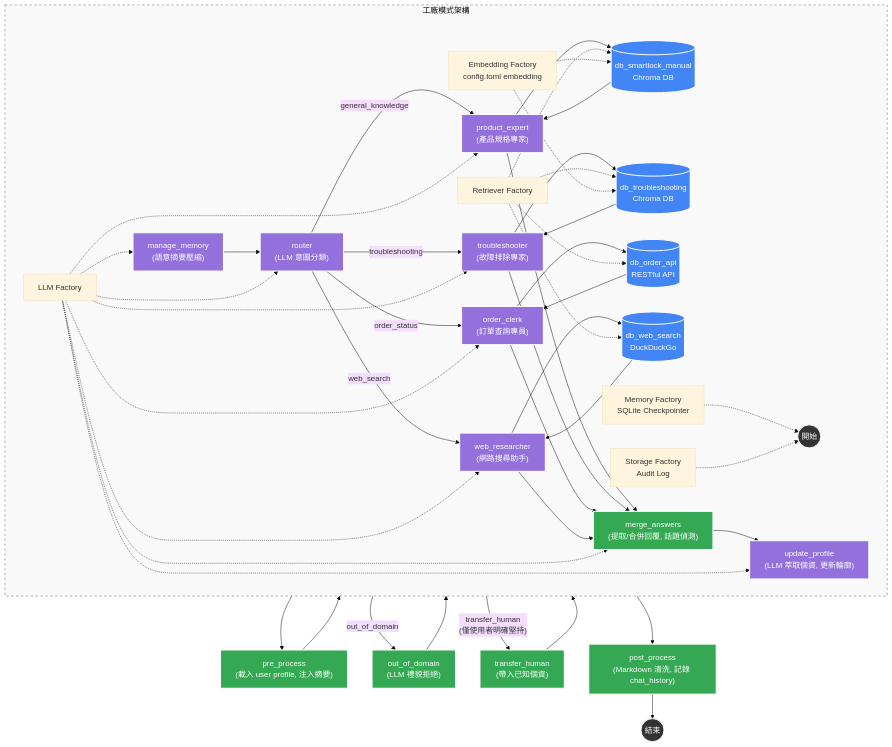
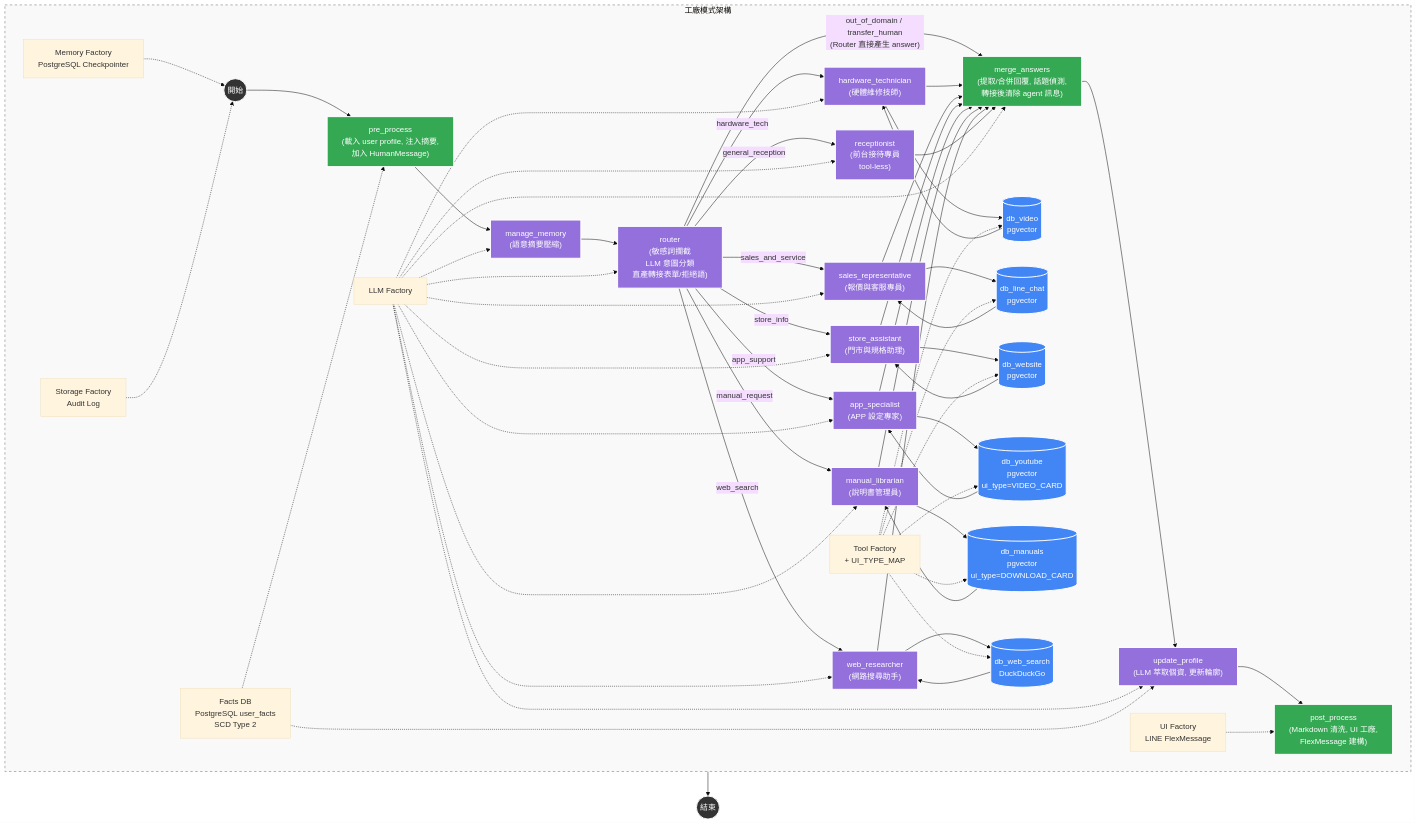
One commit to sunnyDataScience/Smart-Lock_AI_Support_Service_Dispatch_SaaS_Platform changed the first of 5 diagrams in agent/docs/manuals/系統架構與流程圖.md. Above: the diagram before and after it, drawn with Mermaid (base theme). The commit also changed other lines of this file and 79 other files, not shown here.

````diff
--- a/agent/docs/manuals/系統架構與流程圖.md
+++ b/agent/docs/manuals/系統架構與流程圖.md
@@ -3,58 +3,65 @@
 ```mermaid
 graph TD
     %% 節點樣式定義
     classDef startEnd fill:#333,stroke:#fff,stroke-width:2px,color:#fff;
     classDef llmNode fill:#9370DB,stroke:#fff,stroke-width:2px,color:#fff;
     classDef decision fill:#ff9900,stroke:#333,stroke-width:2px;
     classDef dbNode fill:#4285f4,stroke:#fff,stroke-width:2px,color:#fff;
     classDef actionNode fill:#34a853,stroke:#fff,stroke-width:2px,color:#fff;
     classDef note fill:#f9f9f9,stroke:#666,stroke-dasharray: 5 5;
 
     %% 核心流程
-    START((開始)):::startEnd --> pre_process["pre_process<br/>(載入 user profile, 注入摘要)"]:::actionNode
+    START((開始)):::startEnd --> pre_process["pre_process<br/>(載入 user profile, 注入摘要,<br/>加入 HumanMessage)"]:::actionNode
     pre_process --> manage_memory["manage_memory<br/>(語意摘要壓縮)"]:::llmNode
-    manage_memory --> router["router<br/>(LLM 意圖分類)"]:::llmNode
+    manage_memory --> router["router<br/>(敏感詞攔截<br/>LLM 意圖分類<br/>直產轉接表單/拒絕語)"]:::llmNode
 
     %% 意圖分流（Send() fan-out，多意圖可平行派發）
-    router -- "general_knowledge" --> PE["product_expert<br/>(產品規格專家)"]:::llmNode
-    router -- "troubleshooting" --> TS["troubleshooter<br/>(故障排除專家)"]:::llmNode
-    router -- "order_status" --> OC["order_clerk<br/>(訂單查詢專員)"]:::llmNode
+    router -- "hardware_tech" --> HT["hardware_technician<br/>(硬體維修技師)"]:::llmNode
+    router -- "sales_and_service" --> SR["sales_representative<br/>(報價與客服專員)"]:::llmNode
+    router -- "store_info" --> SA["store_assistant<br/>(門市與規格助理)"]:::llmNode
+    router -- "app_support" --> AS["app_specialist<br/>(APP 設定專家)"]:::llmNode
+    router -- "manual_request" --> ML["manual_librarian<br/>(說明書管理員)"]:::llmNode
     router -- "web_search" --> WR["web_researcher<br/>(網路搜尋助手)"]:::llmNode
-    router -- "out_of_domain" --> OOD["out_of_domain<br/>(LLM 禮貌拒絕)"]:::actionNode
-    router -- "transfer_human<br/>(僅使用者明確堅持)" --> HUMAN["transfer_human<br/>(帶入已知個資)"]:::actionNode
+    router -- "general_reception" --> RC["receptionist<br/>(前台接待專員<br/>tool-less)"]:::llmNode
+    router -- "out_of_domain / transfer_human<br/>(Router 直接產生 answer)" --> merge_answers
 
     %% Agent 子圖（agent_llm ↔ tool_node 迴圈）
-    PE --> PE_TOOL[("db_smartlock_manual<br/>Chroma DB")]:::dbNode
-    TS --> TS_TOOL[("db_troubleshooting<br/>Chroma DB")]:::dbNode
-    OC --> OC_TOOL[("db_order_api<br/>RESTful API")]:::dbNode
+    HT --> HT_TOOL[("db_video<br/>pgvector")]:::dbNode
+    SR --> SR_TOOL[("db_line_chat<br/>pgvector")]:::dbNode
+    SA --> SA_TOOL[("db_website<br/>pgvector")]:::dbNode
+    AS --> AS_TOOL[("db_youtube<br/>pgvector<br/>ui_type=VIDEO_CARD")]:::dbNode
+    ML --> ML_TOOL[("db_manuals<br/>pgvector<br/>ui_type=DOWNLOAD_CARD")]:::dbNode
     WR --> WR_TOOL[("db_web_search<br/>DuckDuckGo")]:::dbNode
 
-    PE_TOOL --> PE
-    TS_TOOL --> TS
-    OC_TOOL --> OC
+    HT_TOOL --> HT
+    SR_TOOL --> SR
+    SA_TOOL --> SA
+    AS_TOOL --> AS
+    ML_TOOL --> ML
     WR_TOOL --> WR
 
     %% 匯流
-    PE --> merge_answers["merge_answers<br/>(提取/合併回覆, 話題偵測)"]:::actionNode
-    TS --> merge_answers
-    OC --> merge_answers
+    HT --> merge_answers["merge_answers<br/>(提取/合併回覆, 話題偵測,<br/>轉接後清除 agent 訊息)"]:::actionNode
+    SR --> merge_answers
+    SA --> merge_answers
+    AS --> merge_answers
+    ML --> merge_answers
     WR --> merge_answers
-    OOD --> merge_answers
-    HUMAN --> merge_answers
-
+    RC --> merge_answers
     merge_answers --> update_profile["update_profile<br/>(LLM 萃取個資, 更新輪廓)"]:::llmNode
-    update_profile --> post_process["post_process<br/>(Markdown 清洗, 記錄 chat_history)"]:::actionNode
+    update_profile --> post_process["post_process<br/>(Markdown 清洗, UI 工廠,<br/>FlexMessage 建構)"]:::actionNode
     post_process --> END((結束)):::startEnd
 
     %% 底層支援
     subgraph Support_Layer [工廠模式架構]
         direction LR
-        f1[LLM Factory] -.-> manage_memory & router & PE & TS & OC & WR & merge_answers & update_profile
-        f2[Memory Factory<br/>SQLite Checkpointer] -.-> START
-        f3[Retriever Factory] -.-> PE_TOOL & TS_TOOL & OC_TOOL & WR_TOOL
+        f1[LLM Factory] -.-> manage_memory & router & HT & SR & SA & AS & ML & WR & RC & merge_answers & update_profile
+        f2[Memory Factory<br/>PostgreSQL Checkpointer] -.-> START
+        f3[Tool Factory<br/>+ UI_TYPE_MAP] -.-> HT_TOOL & SR_TOOL & SA_TOOL & AS_TOOL & ML_TOOL & WR_TOOL
         f4[Storage Factory<br/>Audit Log] -.-> START
-        f5[Embedding Factory<br/>config.toml embedding] -.-> PE_TOOL & TS_TOOL
+        f5[Facts DB<br/>PostgreSQL user_facts<br/>SCD Type 2] -.-> pre_process & update_profile
+        f6[UI Factory<br/>LINE FlexMessage] -.-> post_process
     end
     class Support_Layer note
 
 ```
````
